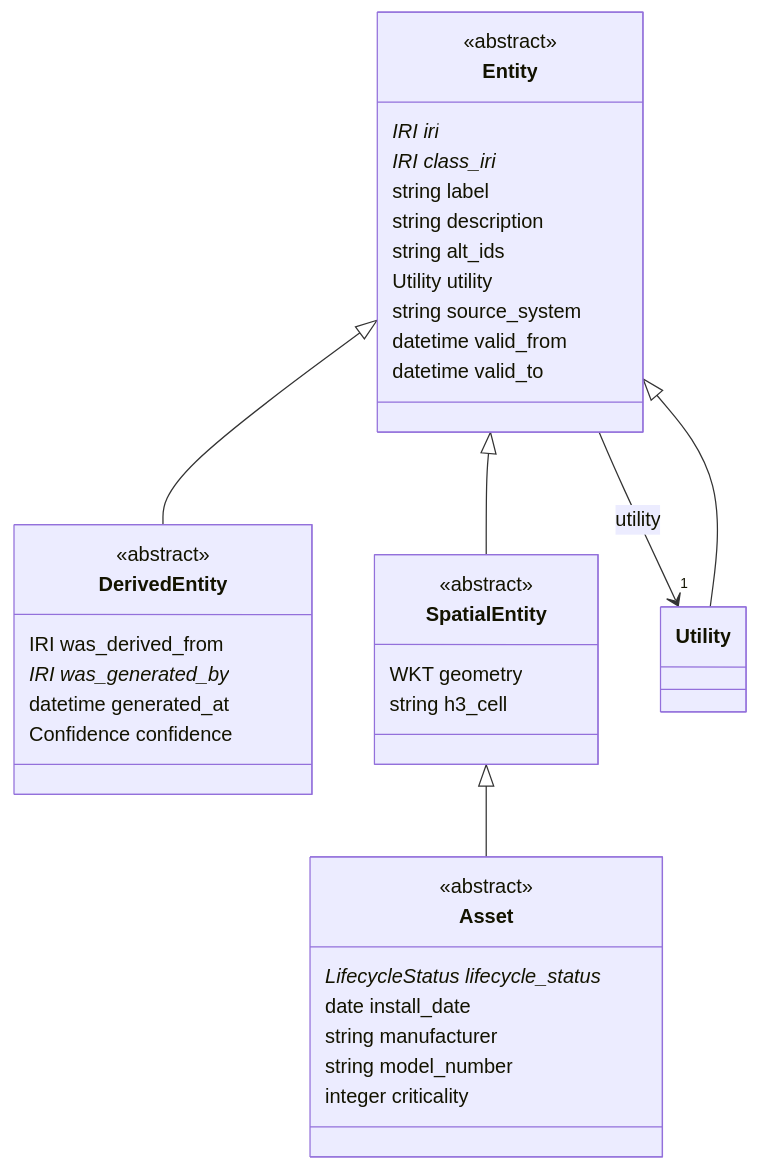
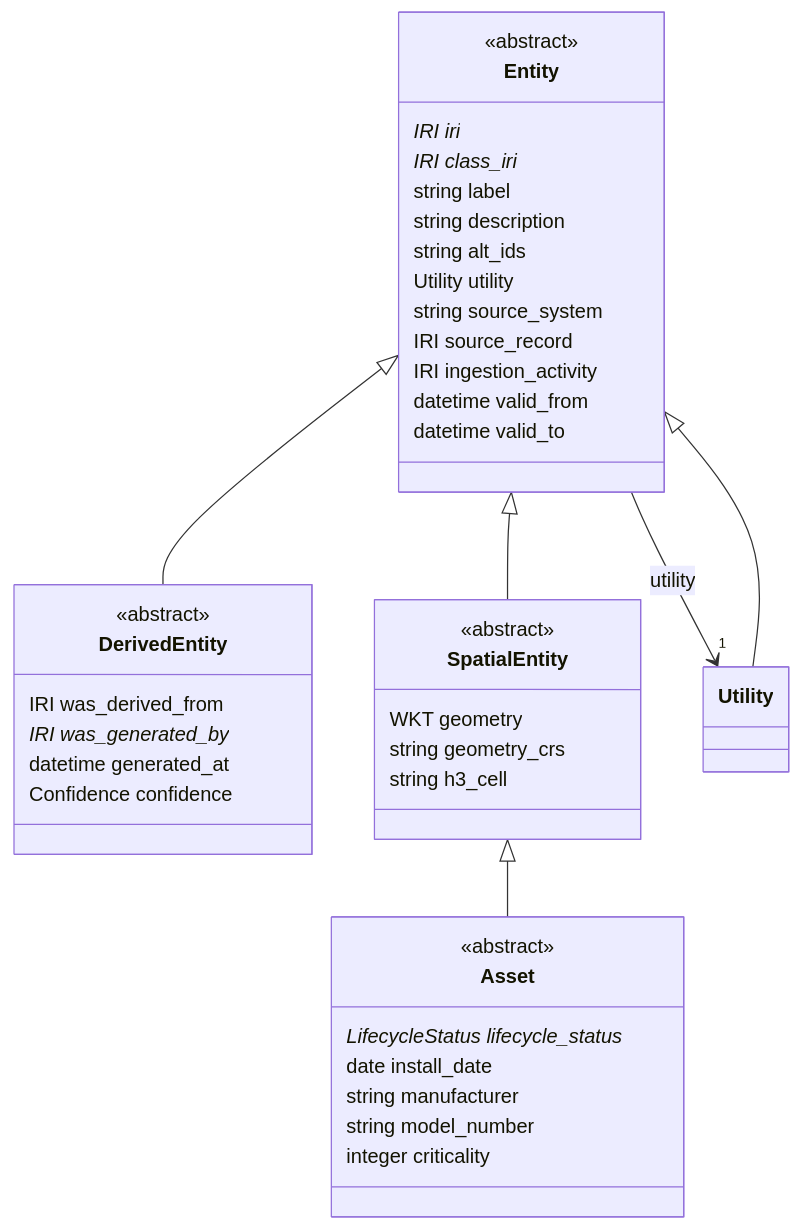
One commit to HydroCouple/water-ontology changed the diagram in docs/diagrams/core.md. Above: the diagram before and after it, drawn with Mermaid. The commit also changed 99 other files, not shown here.

````diff
--- a/docs/diagrams/core.md
+++ b/docs/diagrams/core.md
@@ -5,42 +5,45 @@
 ```mermaid
 classDiagram
   class Asset {
     <<abstract>>
     LifecycleStatus lifecycle_status*
     date install_date
     string manufacturer
     string model_number
     integer criticality
   }
   class DerivedEntity {
     <<abstract>>
     IRI was_derived_from
     IRI was_generated_by*
     datetime generated_at
     Confidence confidence
   }
   class Entity {
     <<abstract>>
     IRI iri*
     IRI class_iri*
     string label
     string description
     string alt_ids
     Utility utility
     string source_system
+    IRI source_record
+    IRI ingestion_activity
     datetime valid_from
     datetime valid_to
   }
   class SpatialEntity {
     <<abstract>>
     WKT geometry
+    string geometry_crs
     string h3_cell
   }
   class Utility {
   }
   SpatialEntity <|-- Asset
   Entity <|-- DerivedEntity
   Entity --> "1" Utility : utility
   Entity <|-- SpatialEntity
   Entity <|-- Utility
 ```
````
